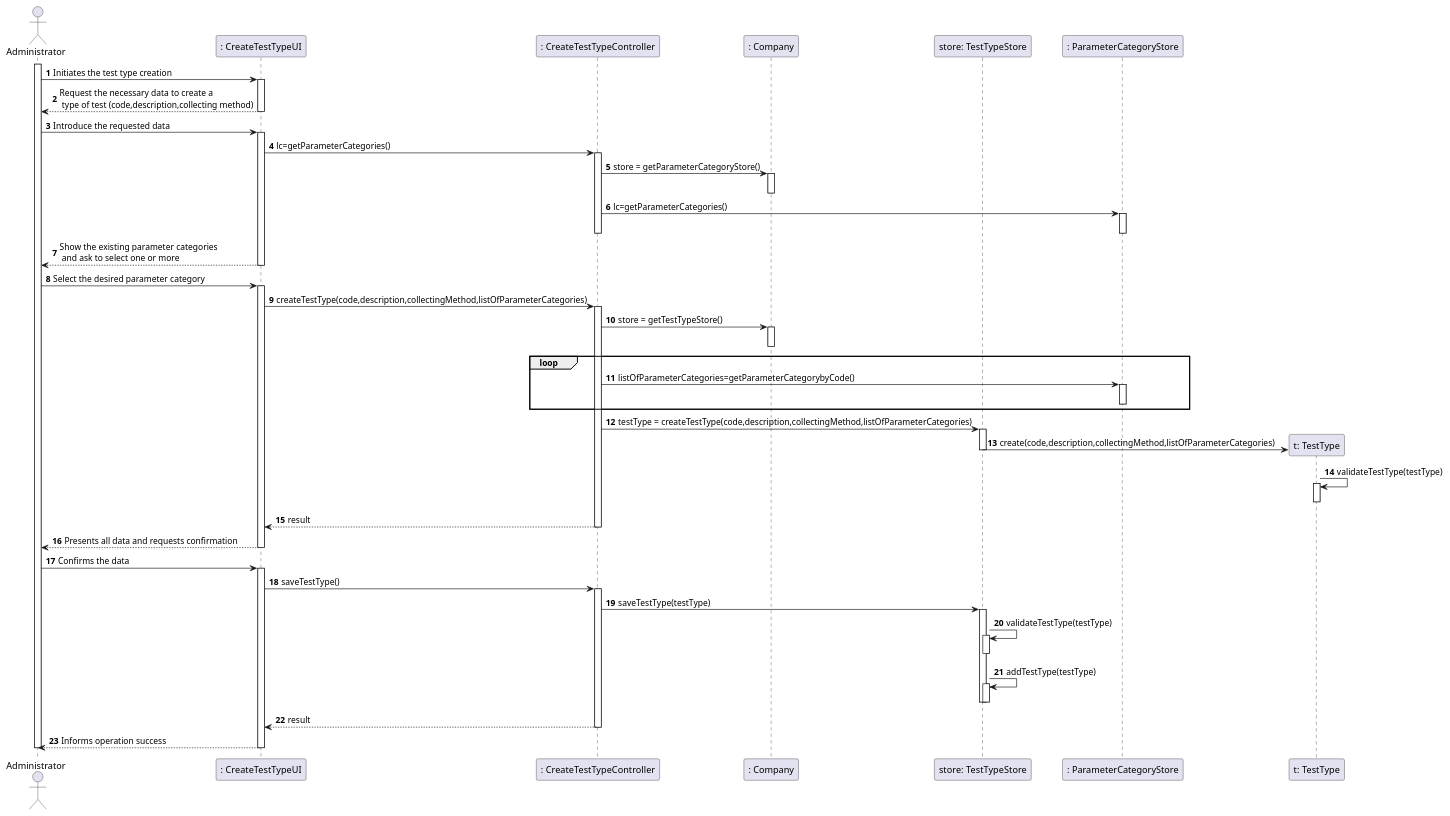
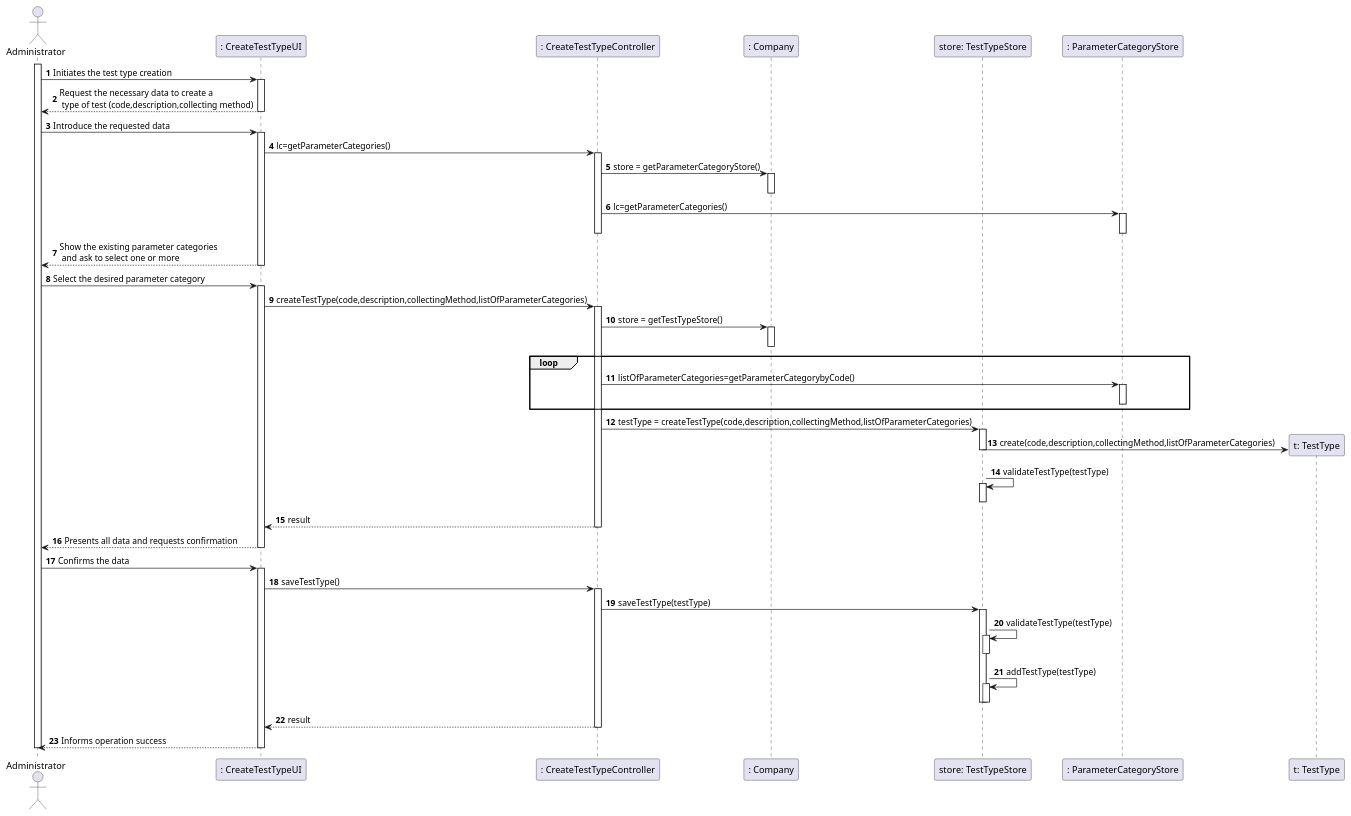
Before and after one commit to manu-07-ela/LAPR2_ISEP: the diagram in docs/SprintB/US09/US09_SD.puml, drawn with PlantUML. The commit also changed 4 other files, not shown here.

```diff
--- a/docs/SprintB/US09/US09_SD.puml
+++ b/docs/SprintB/US09/US09_SD.puml
@@ -1,80 +1,80 @@
 @startuml
 autonumber
 'hide footbox
 actor "Administrator" as Adm
 
 participant ": CreateTestTypeUI" as UI
 participant ": CreateTestTypeController" as CTRL
 participant ": Company" as Comp
 participant "store: TestTypeStore" as str
 participant ": ParameterCategoryStore" as PC
 participant "t: TestType" as TT
 
 activate Adm
 Adm -> UI : Initiates the test type creation
 activate UI
 UI --> Adm : Request the necessary data to create a\n type of test (code,description,collecting method)
 deactivate UI
 
 Adm -> UI : Introduce the requested data
 activate UI
 UI -> CTRL : lc=getParameterCategories()
 activate CTRL
 CTRL -> Comp : store = getParameterCategoryStore()
 activate Comp
 deactivate Comp
 CTRL -> PC : lc=getParameterCategories()
 activate PC
 deactivate PC
 deactivate CTRL
 UI --> Adm : Show the existing parameter categories\n and ask to select one or more
 deactivate UI
 
 Adm -> UI : Select the desired parameter category
 activate UI
 UI -> CTRL : createTestType(code,description,collectingMethod,listOfParameterCategories)
 activate CTRL
 CTRL -> Comp : store = getTestTypeStore()
 activate Comp
 deactivate Comp
 loop
 CTRL -> PC : listOfParameterCategories=getParameterCategorybyCode()
 activate PC
 deactivate PC
 end
 CTRL -> str : testType = createTestType(code,description,collectingMethod,listOfParameterCategories)
 activate str
 str -> TT** : create(code,description,collectingMethod,listOfParameterCategories)
 deactivate str
-TT -> TT : validateTestType(testType)
-activate TT
-deactivate TT
+str-> str : validateTestType(testType)
+activate str
+deactivate str
 CTRL --> UI: result
 deactivate CTRL
 UI --> Adm : Presents all data and requests confirmation
 deactivate UI
 
 Adm -> UI: Confirms the data
 activate UI
 UI -> CTRL: saveTestType()
 activate CTRL
 CTRL -> str : saveTestType(testType)
 activate str
 str -> str : validateTestType(testType)
 activate str
 deactivate str
 str ->str : addTestType(testType)
 activate str
 deactivate str
 deactivate str
 CTRL --> UI: result
 deactivate CTRL
 UI --> Adm : Informs operation success
 deactivate UI
 
 deactivate Adm
 
 
 
 
 @enduml
```
